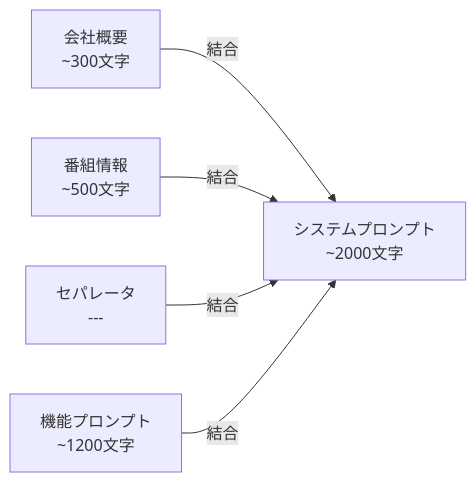
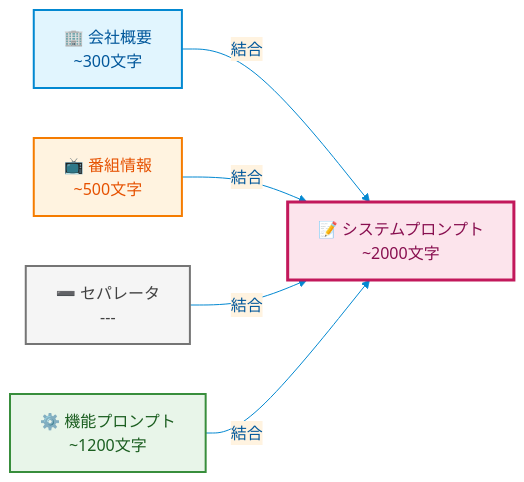
Before and after one commit to langcore-org/united-productions-web: the fourth of 7 diagrams in docs/specs/api-integration/system-prompt-generation.md, drawn with Mermaid. The commit also changed other lines of this file, not shown here.

First line of the commit message:
docs: Mermaid図をダークモード対応に改善

````diff
--- a/docs/specs/api-integration/system-prompt-generation.md
+++ b/docs/specs/api-integration/system-prompt-generation.md
@@ -128,7 +131,14 @@
 ```mermaid
+%%{init: {'theme': 'base', 'themeVariables': { 'primaryColor': '#e1f5fe', 'primaryTextColor': '#01579b', 'primaryBorderColor': '#0288d1', 'lineColor': '#0288d1', 'secondaryColor': '#fff3e0', 'tertiaryColor': '#e8f5e9', 'background': '#fafafa'}}}%%
 graph LR
-    A[会社概要<br/>~300文字] -->|結合| C[システムプロンプト<br/>~2000文字]
-    B[番組情報<br/>~500文字] -->|結合| C
-    D[セパレータ<br/>---] -->|結合| C
-    E[機能プロンプト<br/>~1200文字] -->|結合| C
+    A[🏢 会社概要<br/>~300文字] -->|結合| C[📝 システムプロンプト<br/>~2000文字]
+    B[📺 番組情報<br/>~500文字] -->|結合| C
+    D[➖ セパレータ<br/>---] -->|結合| C
+    E[⚙️ 機能プロンプト<br/>~1200文字] -->|結合| C
+
+    style A fill:#e1f5fe,stroke:#0288d1,stroke-width:2px,color:#01579b
+    style B fill:#fff3e0,stroke:#f57c00,stroke-width:2px,color:#e65100
+    style D fill:#f5f5f5,stroke:#757575,stroke-width:2px,color:#424242
+    style E fill:#e8f5e9,stroke:#388e3c,stroke-width:2px,color:#1b5e20
+    style C fill:#fce4ec,stroke:#c2185b,stroke-width:3px,color:#880e4f
 ```
````
